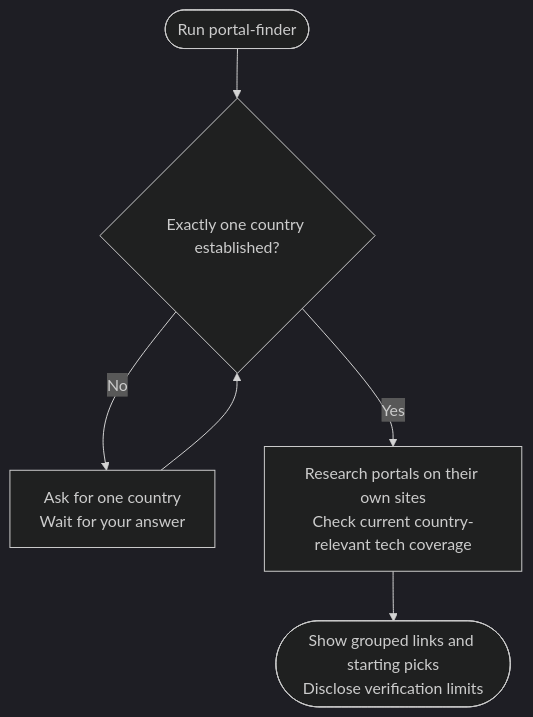
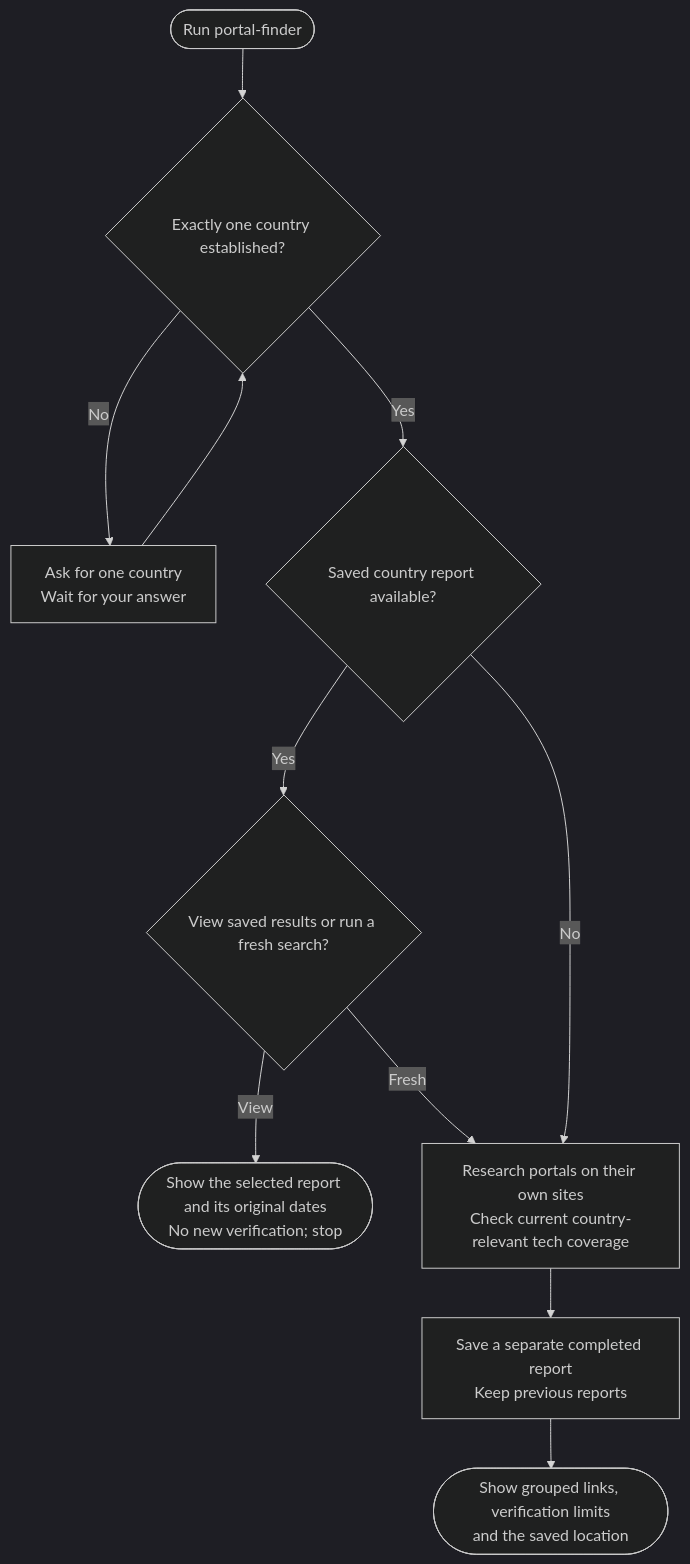
One commit to myowinthein/agent-compass changed the diagram in docs/commands/portal-finder/detailed.md. Above: the diagram before and after it, drawn with Mermaid (dark theme). The commit also changed other lines of this file and 16 other files, not shown here.

Commit message:
feat(portal-finder): save and replay dated country reports

````diff
--- a/docs/commands/portal-finder/detailed.md
+++ b/docs/commands/portal-finder/detailed.md
@@ -22,8 +23,13 @@
 ```mermaid
 flowchart TD
   Start(["Run portal-finder"]) --> Country{"Exactly one country established?"}
   Country -->|No| Ask["Ask for one country<br/>Wait for your answer"]
   Ask --> Country
-  Country -->|Yes| Research["Research portals on their own sites<br/>Check current country-relevant tech coverage"]
-  Research --> Output(["Show grouped links and starting picks<br/>Disclose verification limits"])
+  Country -->|Yes| Saved{"Saved country report available?"}
+  Saved -->|Yes| Choice{"View saved results or run a fresh search?"}
+  Choice -->|View| Replay(["Show the selected report and its original dates<br/>No new verification; stop"])
+  Choice -->|Fresh| Research
+  Saved -->|No| Research["Research portals on their own sites<br/>Check current country-relevant tech coverage"]
+  Research --> Save["Save a separate completed report<br/>Keep previous reports"]
+  Save --> Output(["Show grouped links, verification limits<br/>and the saved location"])
 ```
````
